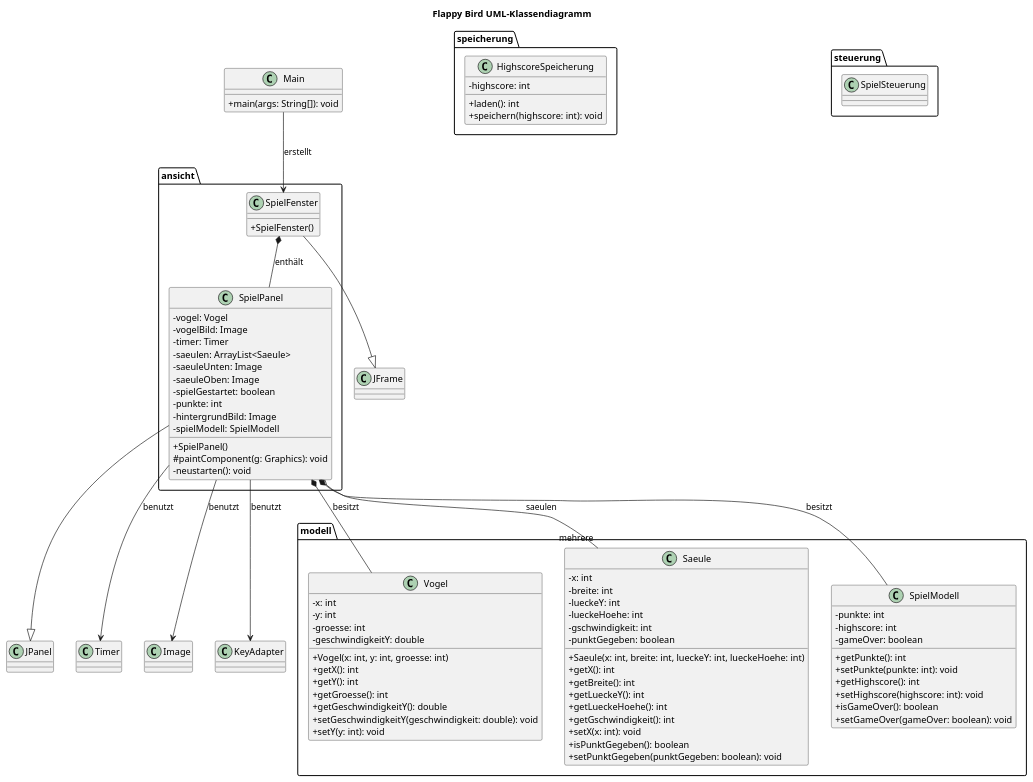
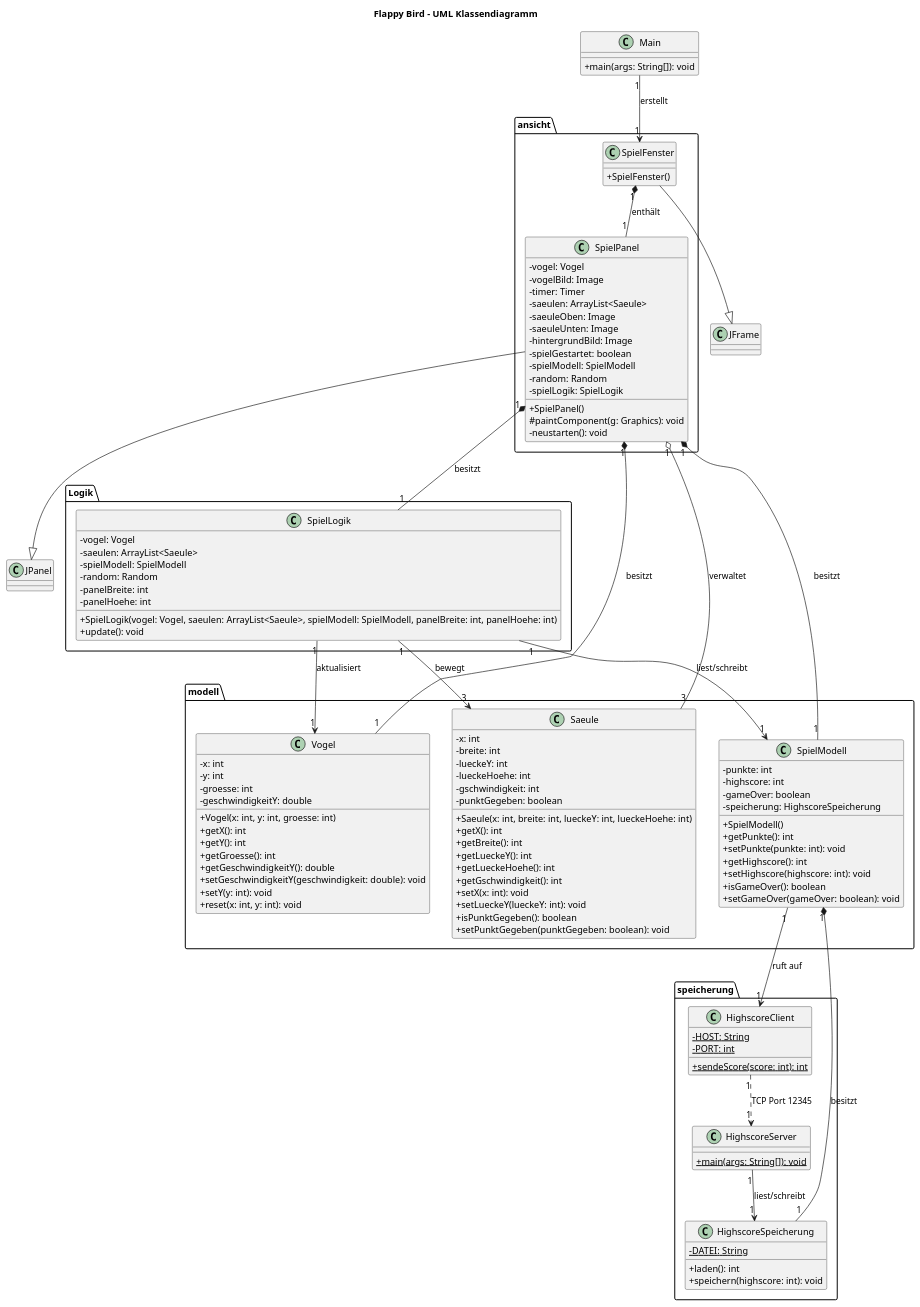
One commit to steuckcarlotta-afk/Projekt_flappy_bird changed the diagram in src/umldiagramm.puml. Above: the diagram before and after it, drawn with PlantUML. The commit also changed other lines of this file, not shown here.

Commit message:
ULM-DIAGRAMM UPDATE

```diff
--- a/src/umldiagramm.puml
+++ b/src/umldiagramm.puml
@@ -1,106 +1,152 @@
 @startuml
 skinparam classAttributeIconSize 0
-title Flappy Bird UML-Klassendiagramm
+title Flappy Bird – UML Klassendiagramm
 
 class Main {
   +main(args: String[]): void
 }
 
 package ansicht {
+
   class SpielFenster {
     +SpielFenster()
   }
 
   class SpielPanel {
     -vogel: Vogel
     -vogelBild: Image
     -timer: Timer
     -saeulen: ArrayList<Saeule>
+    -saeuleOben: Image
     -saeuleUnten: Image
-    -saeuleOben: Image
+    -hintergrundBild: Image
     -spielGestartet: boolean
-    -punkte: int
-    -hintergrundBild: Image
     -spielModell: SpielModell
-
+    -random: Random
+    -spielLogik: SpielLogik
     +SpielPanel()
     #paintComponent(g: Graphics): void
     -neustarten(): void
   }
+
+}
+
+package Logik {
+
+  class SpielLogik {
+    -vogel: Vogel
+    -saeulen: ArrayList<Saeule>
+    -spielModell: SpielModell
+    -random: Random
+    -panelBreite: int
+    -panelHoehe: int
+    +SpielLogik(vogel: Vogel, saeulen: ArrayList<Saeule>, spielModell: SpielModell, panelBreite: int, panelHoehe: int)
+    +update(): void
+  }
+
 }
 
 package modell {
+
   class Vogel {
     -x: int
     -y: int
     -groesse: int
     -geschwindigkeitY: double
-
     +Vogel(x: int, y: int, groesse: int)
     +getX(): int
     +getY(): int
     +getGroesse(): int
     +getGeschwindigkeitY(): double
     +setGeschwindigkeitY(geschwindigkeit: double): void
     +setY(y: int): void
+    +reset(x: int, y: int): void
   }
 
   class Saeule {
     -x: int
     -breite: int
     -lueckeY: int
     -lueckeHoehe: int
     -gschwindigkeit: int
     -punktGegeben: boolean
-
     +Saeule(x: int, breite: int, lueckeY: int, lueckeHoehe: int)
     +getX(): int
     +getBreite(): int
     +getLueckeY(): int
     +getLueckeHoehe(): int
     +getGschwindigkeit(): int
     +setX(x: int): void
+    +setLueckeY(lueckeY: int): void
     +isPunktGegeben(): boolean
     +setPunktGegeben(punktGegeben: boolean): void
   }
 
   class SpielModell {
     -punkte: int
     -highscore: int
     -gameOver: boolean
-
+    -speicherung: HighscoreSpeicherung
+    +SpielModell()
     +getPunkte(): int
     +setPunkte(punkte: int): void
     +getHighscore(): int
     +setHighscore(highscore: int): void
     +isGameOver(): boolean
     +setGameOver(gameOver: boolean): void
   }
+
 }
 
 package speicherung {
+
+  class HighscoreClient {
+    -{static} HOST: String
+    -{static} PORT: int
+    +{static} sendeScore(score: int): int
+  }
+
+  class HighscoreServer {
+    +{static} main(args: String[]): void
+  }
+
   class HighscoreSpeicherung {
-    -highscore: int
-
+    -{static} DATEI: String
     +laden(): int
     +speichern(highscore: int): void
   }
+
 }
 
-package steuerung {
-  class SpielSteuerung
-}
-
-Main --> SpielFenster : erstellt
+' Vererbung
 SpielFenster --|> JFrame
 SpielPanel --|> JPanel
 
-SpielFenster *-- SpielPanel : enthält
-SpielPanel *-- Vogel : besitzt
-SpielPanel *-- SpielModell : besitzt
-SpielPanel o-- "mehrere" Saeule : saeulen
-SpielPanel --> Timer : benutzt
-SpielPanel --> Image : benutzt
-SpielPanel --> KeyAdapter : benutzt
+' Main startet SpielFenster
+Main "1" --> "1" SpielFenster : erstellt
+
+' SpielFenster enthält SpielPanel
+SpielFenster "1" *-- "1" SpielPanel : enthält
+
+' SpielPanel besitzt Vogel, SpielModell, SpielLogik und Säulen
+SpielPanel "1" *-- "1" Vogel : besitzt
+SpielPanel "1" *-- "1" SpielModell : besitzt
+SpielPanel "1" *-- "1" SpielLogik : besitzt
+SpielPanel "1" o-- "3" Saeule : verwaltet
+
+' SpielLogik referenziert Modellobjekte
+SpielLogik "1" --> "1" Vogel : aktualisiert
+SpielLogik "1" --> "3" Saeule : bewegt
+SpielLogik "1" --> "1" SpielModell : liest/schreibt
+
+' SpielModell nutzt Speicherung und Client
+SpielModell "1" *-- "1" HighscoreSpeicherung : besitzt
+SpielModell "1" --> "1" HighscoreClient : ruft auf
+
+' Server nutzt Speicherung
+HighscoreServer "1" --> "1" HighscoreSpeicherung : liest/schreibt
+
+' Client kommuniziert mit Server über TCP
+HighscoreClient "1" ..> "1" HighscoreServer : TCP Port 12345
 
 @enduml
```
